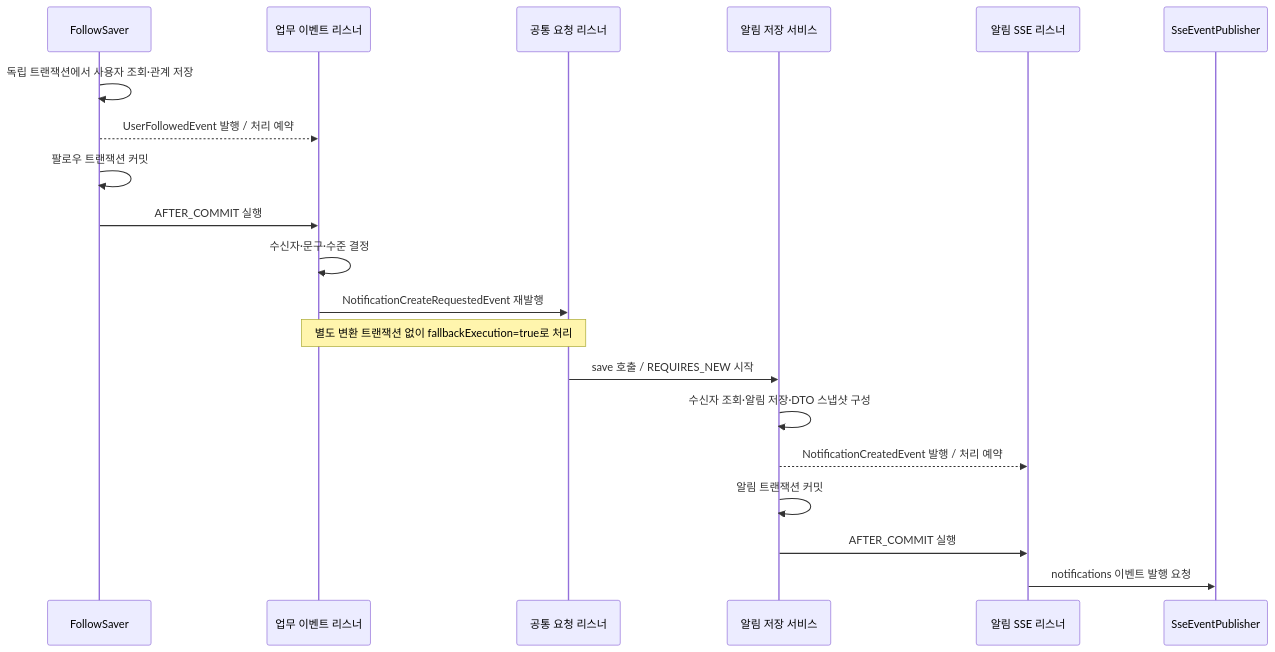
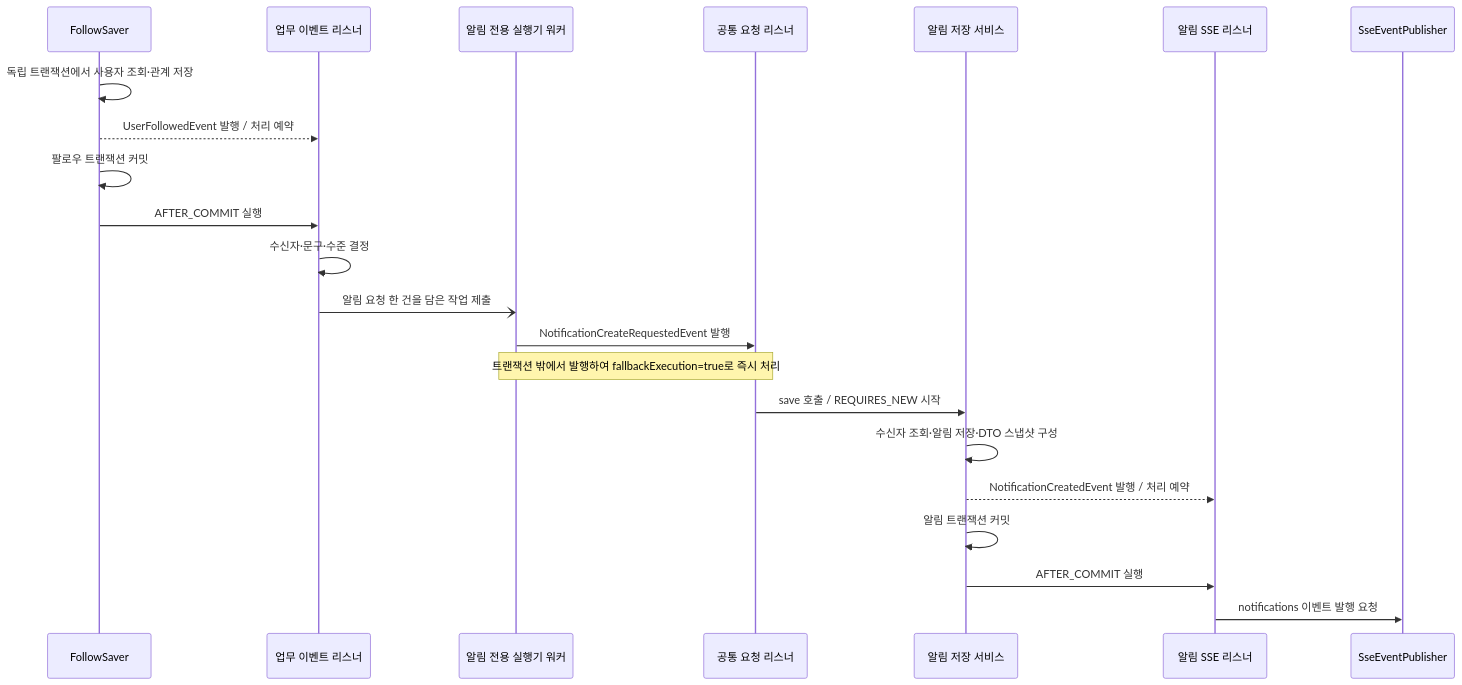
Before and after one commit to codeit-backend13-part4-team1/playlist_for_everyone: the diagram in docs/notification/07-domain-event-integration.md, drawn with Mermaid. The commit also changed other lines of this file and 12 other files, not shown here.

````diff
--- a/docs/notification/07-domain-event-integration.md
+++ b/docs/notification/07-domain-event-integration.md
@@ -25,22 +26,24 @@
 ```mermaid
 sequenceDiagram
     participant F as FollowSaver
     participant D as 업무 이벤트 리스너
+    participant W as 알림 전용 실행기 워커
     participant R as 공통 요청 리스너
     participant N as 알림 저장 서비스
     participant S as 알림 SSE 리스너
     participant P as SseEventPublisher
     F->>F: 독립 트랜잭션에서 사용자 조회·관계 저장
     F-->>D: UserFollowedEvent 발행 / 처리 예약
     F->>F: 팔로우 트랜잭션 커밋
     F->>D: AFTER_COMMIT 실행
     D->>D: 수신자·문구·수준 결정
-    D->>R: NotificationCreateRequestedEvent 재발행
-    Note over D,R: 별도 변환 트랜잭션 없이 fallbackExecution=true로 처리
+    D-)W: 알림 요청 한 건을 담은 작업 제출
+    W->>R: NotificationCreateRequestedEvent 발행
+    Note over W,R: 트랜잭션 밖에서 발행하여 fallbackExecution=true로 즉시 처리
     R->>N: save 호출 / REQUIRES_NEW 시작
     N->>N: 수신자 조회·알림 저장·DTO 스냅샷 구성
     N-->>S: NotificationCreatedEvent 발행 / 처리 예약
     N->>N: 알림 트랜잭션 커밋
     N->>S: AFTER_COMMIT 실행
     S->>P: notifications 이벤트 발행 요청
 ```
````
